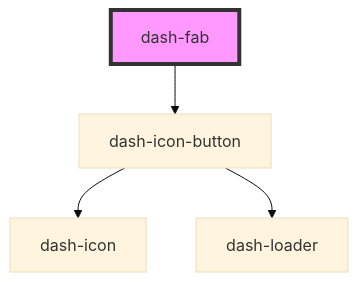
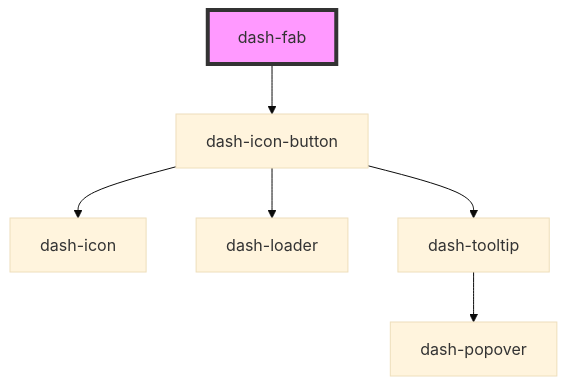
One commit to jmanke/dash changed the diagram in packages/dash-components/src/components/dash-fab/readme.md. Above: the diagram before and after it, drawn with Mermaid (base theme). The commit also changed 17 other files, not shown here.

Commit message:
dash icon button tooltip support

````diff
--- a/packages/dash-components/src/components/dash-fab/readme.md
+++ b/packages/dash-components/src/components/dash-fab/readme.md
@@ -22,7 +22,9 @@
 ```mermaid
 graph TD;
   dash-fab --> dash-icon-button
   dash-icon-button --> dash-icon
   dash-icon-button --> dash-loader
+  dash-icon-button --> dash-tooltip
+  dash-tooltip --> dash-popover
   style dash-fab fill:#f9f,stroke:#333,stroke-width:4px
 ```
````
